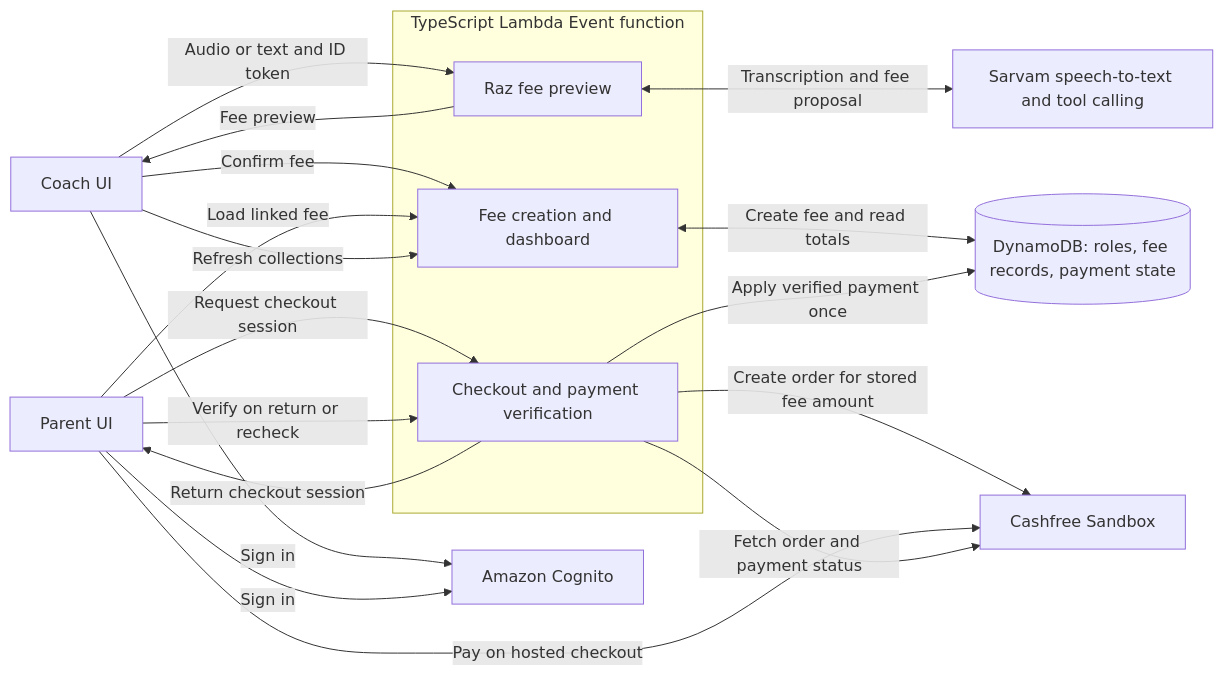
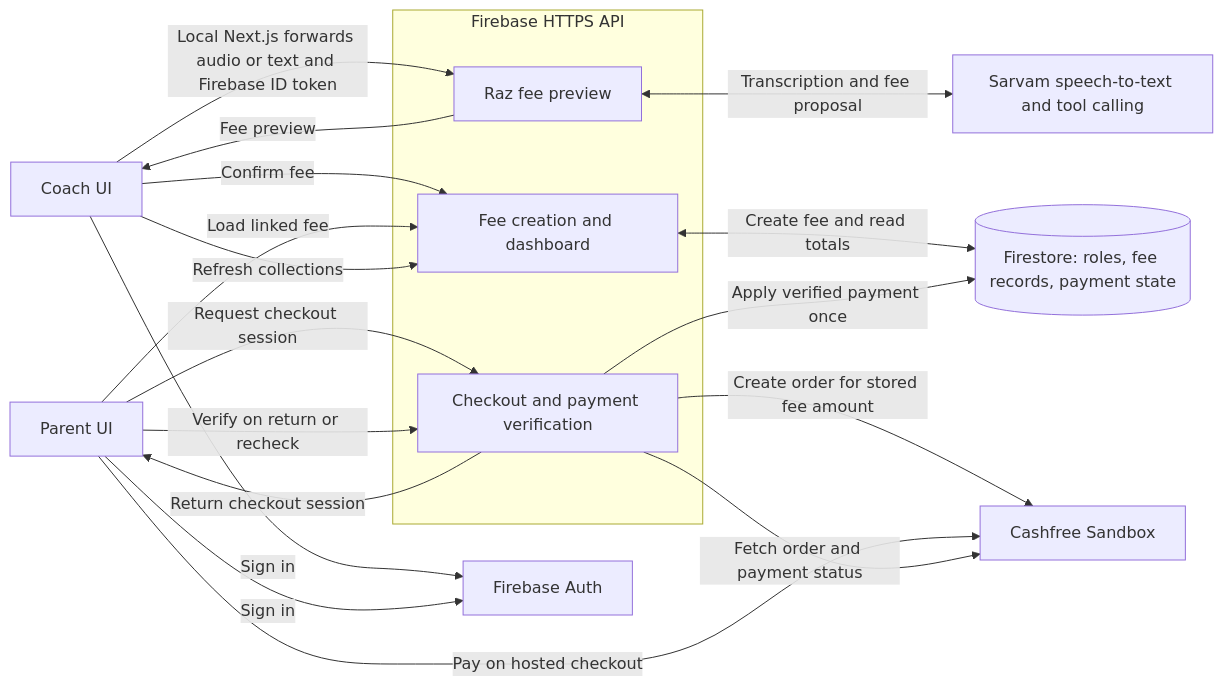
The second of 3 diagrams in docs/ARCHITECTURE.md (Srikanth-2004/Cleansheet), drawn with Mermaid before and after one commit. The commit also changed other lines of this file and 51 other files, not shown here.

````diff
--- a/docs/ARCHITECTURE.md
+++ b/docs/ARCHITECTURE.md
@@ -27,33 +29,33 @@
 ```mermaid
 flowchart LR
     Coach["Coach UI"]
     Parent["Parent UI"]
-    Auth["Amazon Cognito"]
+    Auth["Firebase Auth"]
 
-    subgraph App["TypeScript Lambda Event function"]
+    subgraph App["Firebase HTTPS API"]
         Raz["Raz fee preview"]
         Fees["Fee creation and dashboard"]
         Payment["Checkout and payment verification"]
     end
 
     Sarvam["Sarvam speech-to-text and tool calling"]
-    DB[("DynamoDB: roles, fee records, payment state")]
+    DB[("Firestore: roles, fee records, payment state")]
     Cashfree["Cashfree Sandbox"]
 
     Coach -->|Sign in| Auth
     Parent -->|Sign in| Auth
-    Coach -->|Audio or text and ID token| Raz
+    Coach -->|Local Next.js forwards audio or text and Firebase ID token| Raz
     Raz <-->|Transcription and fee proposal| Sarvam
     Raz -->|Fee preview| Coach
     Coach -->|Confirm fee| Fees
     Fees <-->|Create fee and read totals| DB
     Parent -->|Load linked fee| Fees
     Parent -->|Request checkout session| Payment
     Payment -->|Create order for stored fee amount| Cashfree
     Payment -->|Return checkout session| Parent
     Parent -->|Pay on hosted checkout| Cashfree
     Parent -->|Verify on return or recheck| Payment
     Payment -->|Fetch order and payment status| Cashfree
     Payment -->|Apply verified payment once| DB
     Coach -->|Refresh collections| Fees
 ```
````
